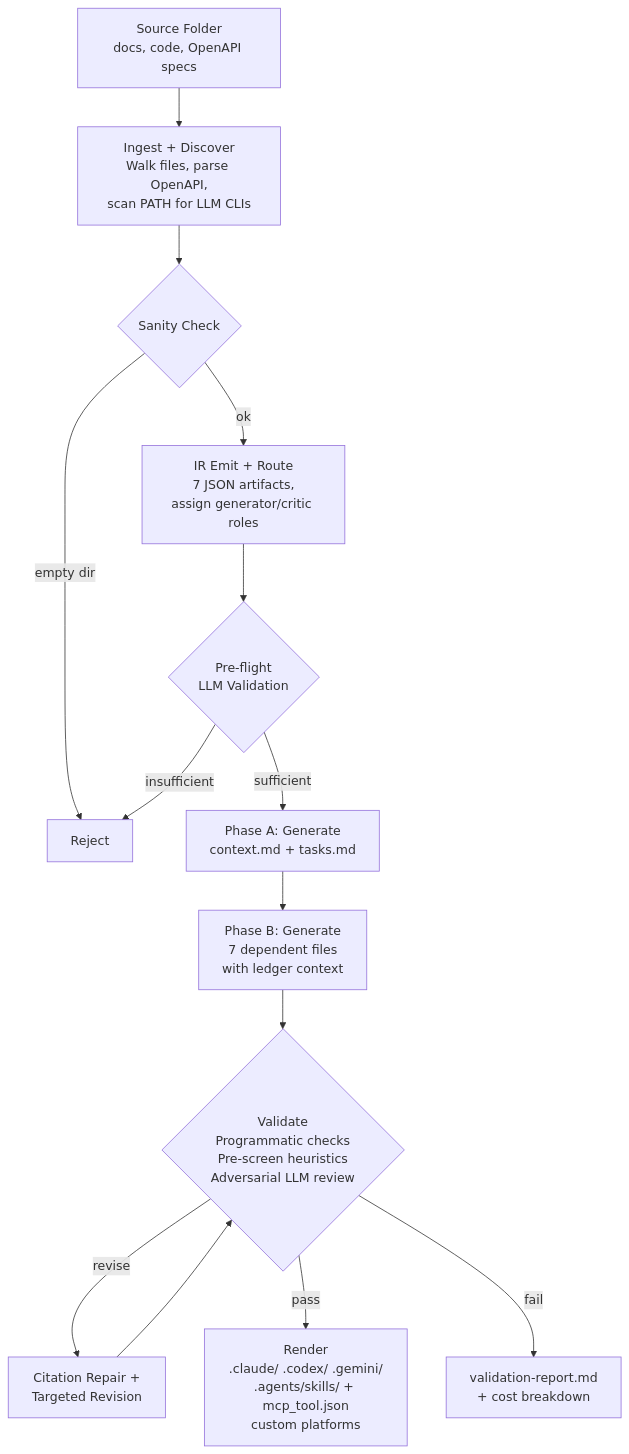
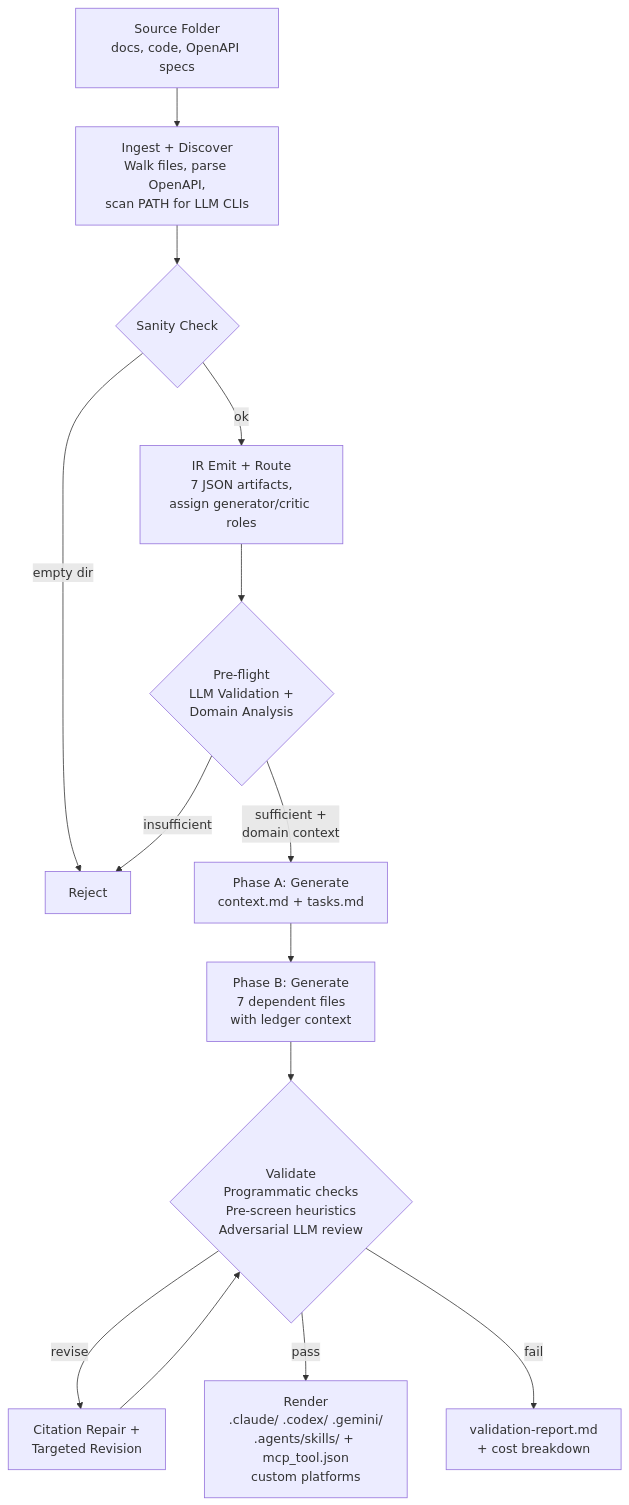
The second of 3 diagrams in README.md (op7ic/SwarmMaker), drawn with Mermaid before and after one commit. The commit also changed other lines of this file and 6 other files, not shown here.

First line of the commit message:
Add structured pre-flight domain analysis and smart review summarization

````diff
--- a/README.md
+++ b/README.md
@@ -58,16 +58,16 @@
 ```mermaid
 graph TD
     SRC["Source Folder<br/>docs, code, OpenAPI specs"] --> INGEST["Ingest + Discover<br/>Walk files, parse OpenAPI,<br/>scan PATH for LLM CLIs"]
     INGEST --> SANITY{"Sanity Check"}
     SANITY -->|empty dir| REJECT["Reject"]
     SANITY -->|ok| IR["IR Emit + Route<br/>7 JSON artifacts,<br/>assign generator/critic roles"]
-    IR --> PREFLIGHT{"Pre-flight<br/>LLM Validation"}
+    IR --> PREFLIGHT{"Pre-flight<br/>LLM Validation +<br/>Domain Analysis"}
     PREFLIGHT -->|insufficient| REJECT
-    PREFLIGHT -->|sufficient| PHASE_A["Phase A: Generate<br/>context.md + tasks.md"]
+    PREFLIGHT -->|"sufficient +<br/>domain context"| PHASE_A["Phase A: Generate<br/>context.md + tasks.md"]
     PHASE_A --> PHASE_B["Phase B: Generate<br/>7 dependent files<br/>with ledger context"]
     PHASE_B --> VALIDATE{"Validate<br/>Programmatic checks<br/>Pre-screen heuristics<br/>Adversarial LLM review"}
     VALIDATE -->|revise| REPAIR["Citation Repair +<br/>Targeted Revision"]
     REPAIR --> VALIDATE
     VALIDATE -->|pass| RENDER["Render<br/>.claude/ .codex/ .gemini/<br/>.agents/skills/ + mcp_tool.json<br/>custom platforms"]
     VALIDATE -->|fail| REPORT["validation-report.md<br/>+ cost breakdown"]
 ```
````
